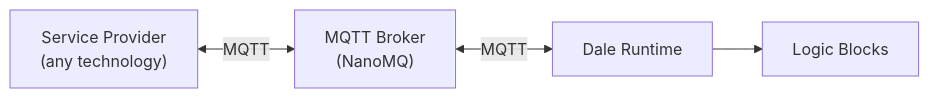
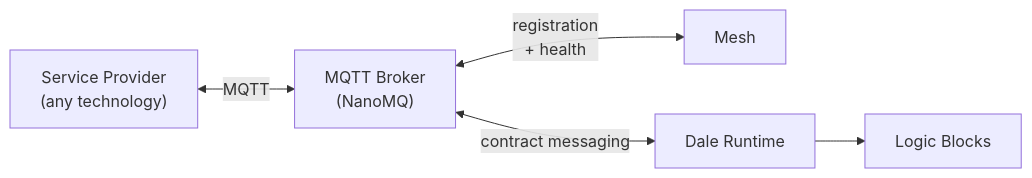
The first of 2 diagrams in docs/sdk/service-provider-protocol.md (VION-IoT/documentation), drawn with Mermaid before and after one commit. The commit also changed other lines of this file and 12 other files, not shown here.

First line of the commit message:
docs: update for Dale SDK public release and clarify Mesh/Dale runtime roles in service provider protocol page (#5)

````diff
--- a/docs/sdk/service-provider-protocol.md
+++ b/docs/sdk/service-provider-protocol.md
@@ -17,6 +17,7 @@
 ```mermaid
 graph LR
   SP["Service Provider<br/>(any technology)"] <-->|MQTT| B["MQTT Broker<br/>(NanoMQ)"]
-  B <-->|MQTT| D["Dale Runtime"]
+  B <-->|registration<br/>+ health| M["Mesh"]
+  B <-->|contract messaging| D["Dale Runtime"]
   D --> LB["Logic Blocks"]
 ```
````
